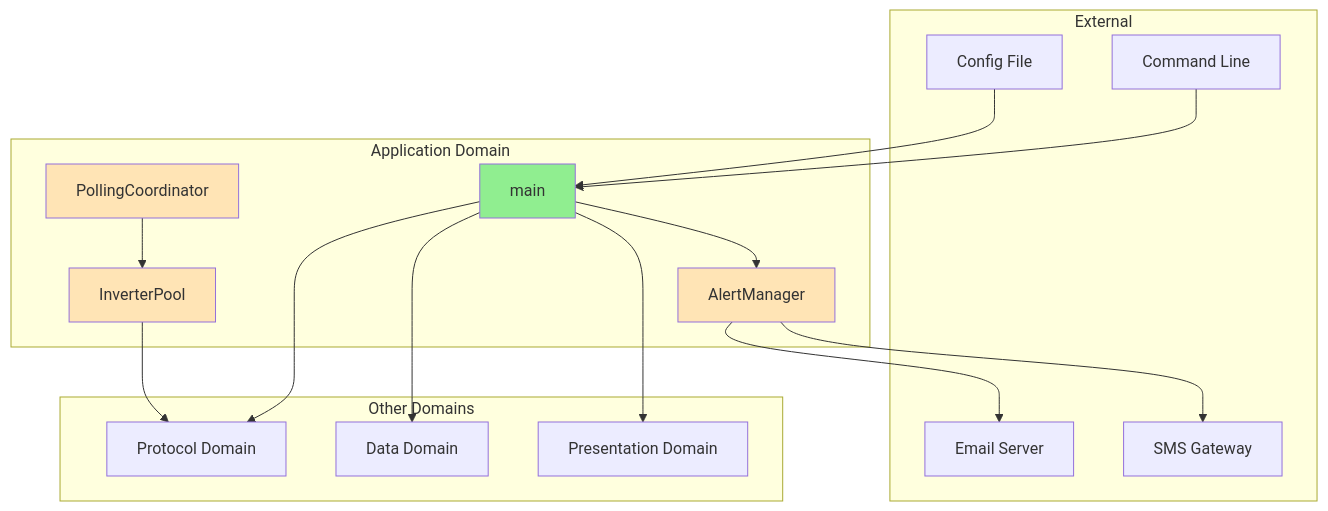
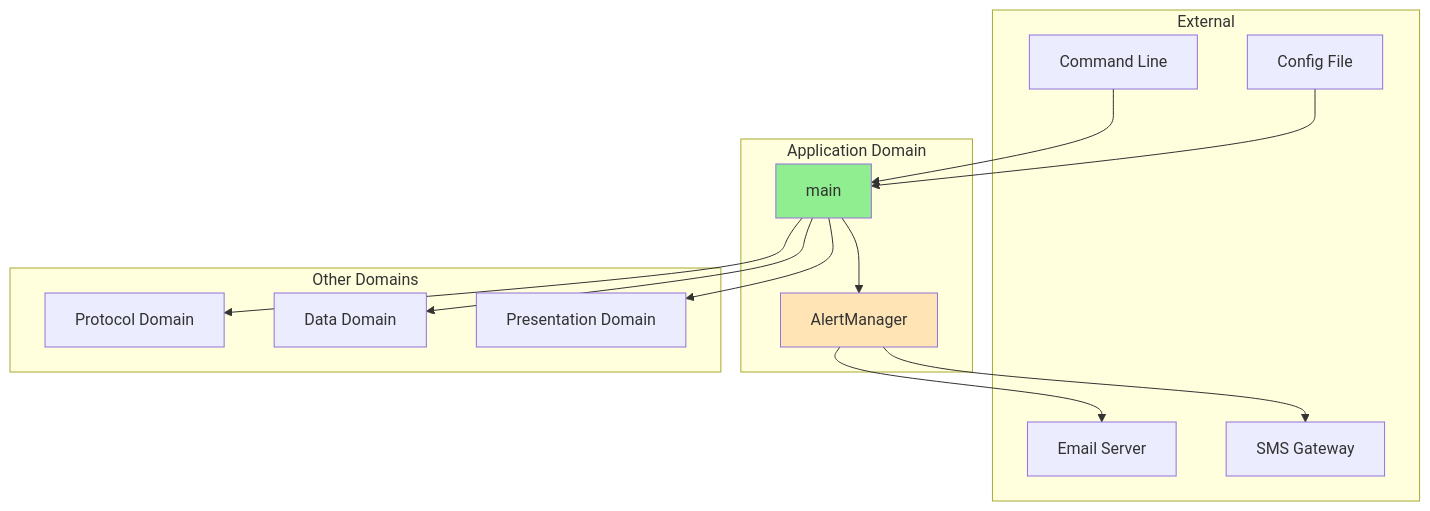
Before and after one commit to William12556/solax-modbus: the first of 4 diagrams in workspace/design/design-bf6d4e5f-domain_application.md, drawn with Mermaid. The commit also changed other lines of this file and 6 other files, not shown here.

````diff
--- a/workspace/design/design-bf6d4e5f-domain_application.md
+++ b/workspace/design/design-bf6d4e5f-domain_application.md
@@ -93,38 +90,32 @@
 ```mermaid
 flowchart TB
     subgraph "External"
         CLI[Command Line]
         CFG[Config File]
         SMTP[Email Server]
         SMS[SMS Gateway]
     end
     
     subgraph "Application Domain"
         MAIN[main]
         ALERT[AlertManager]
-        POOL[InverterPool]
-        COORD[PollingCoordinator]
     end
     
     subgraph "Other Domains"
         PROTO[Protocol Domain]
         DATA[Data Domain]
         PRES[Presentation Domain]
     end
     
     CLI --> MAIN
     CFG --> MAIN
     MAIN --> PROTO
     MAIN --> DATA
     MAIN --> PRES
     MAIN --> ALERT
-    POOL --> PROTO
-    COORD --> POOL
     ALERT --> SMTP
     ALERT --> SMS
     
     style MAIN fill:#90EE90
     style ALERT fill:#FFE4B5
-    style POOL fill:#FFE4B5
-    style COORD fill:#FFE4B5
 ```
````
